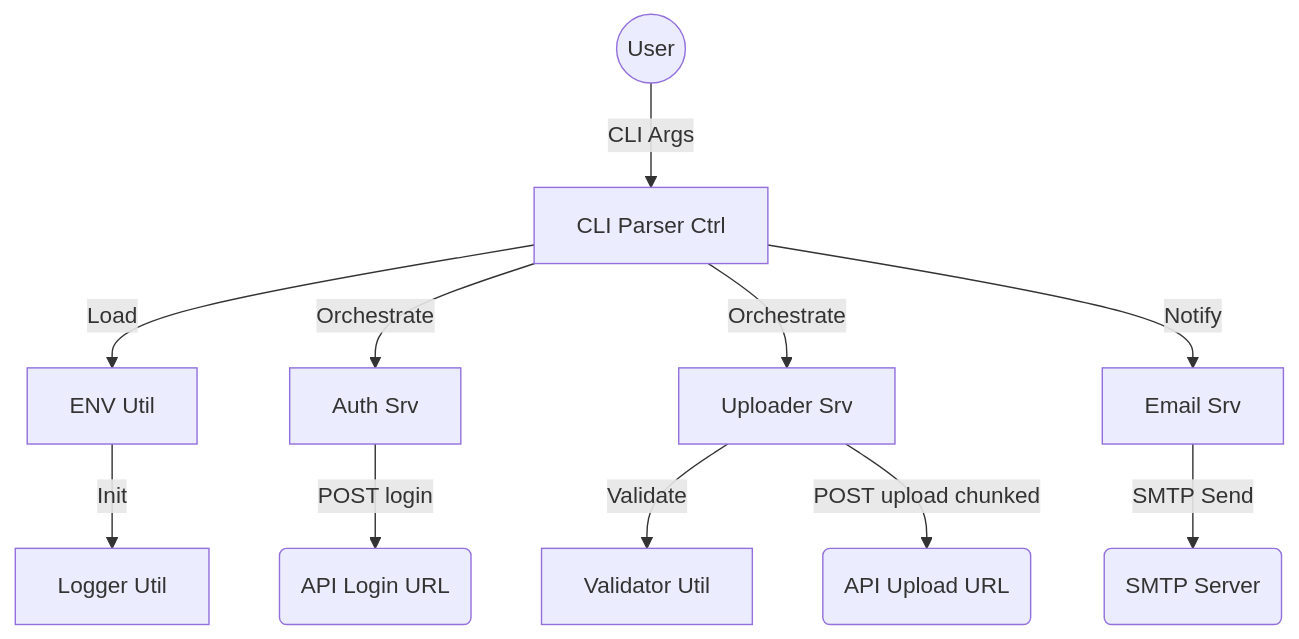
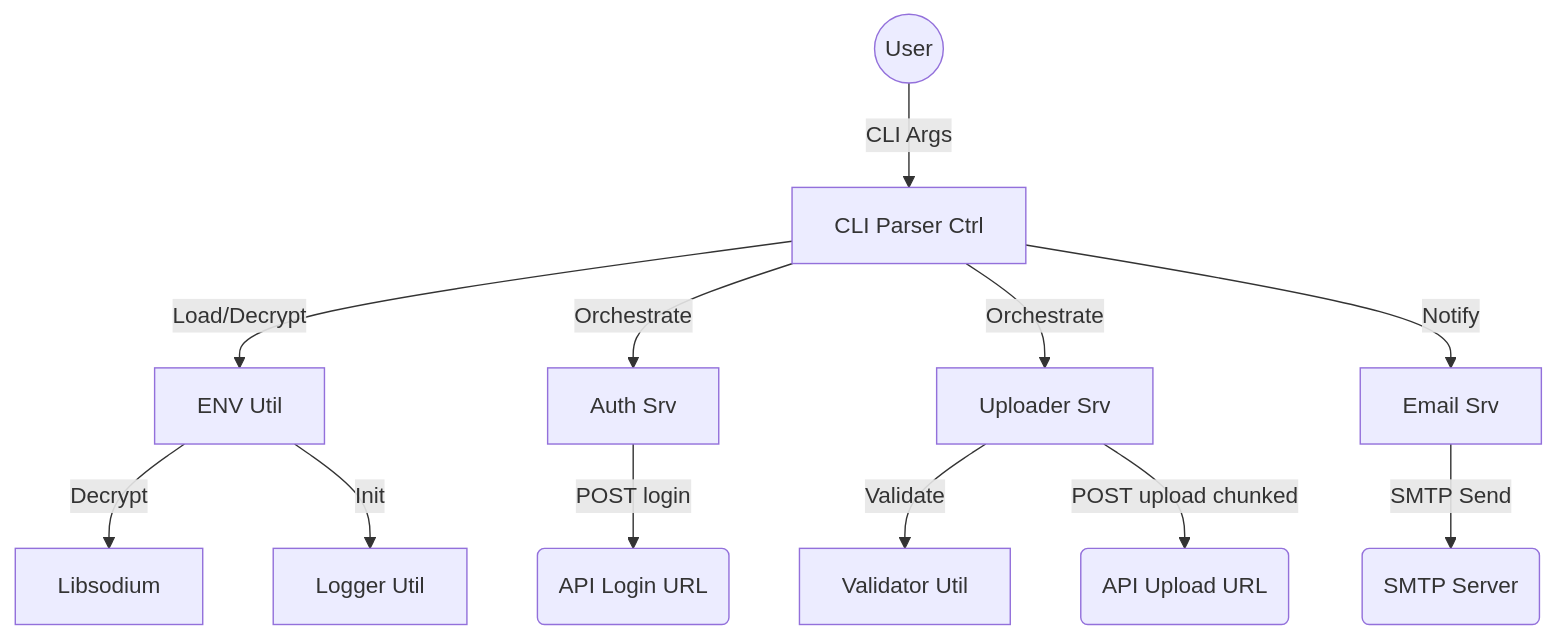
Before and after one commit to Zheng-Bote/json_uploader: the diagram in README.md, drawn with Mermaid. The commit also changed other lines of this file and 35 other files, not shown here.

````diff
--- a/README.md
+++ b/README.md
@@ -72,25 +97,27 @@
 ```mermaid
 graph TD
     User((User))
     CLI[CLI Parser Ctrl]
     ENV[ENV Util]
+    Sodium[Libsodium]
     Logger[Logger Util]
     Auth[Auth Srv]
     Up[Uploader Srv]
     Val[Validator Util]
     Mail[Email Srv]
     API_Login(API Login URL)
     API_Upload(API Upload URL)
     SMTP(SMTP Server)
 
     User -- CLI Args --> CLI
-    CLI -- Load --> ENV
+    CLI -- Load/Decrypt --> ENV
+    ENV -- Decrypt --> Sodium
     ENV -- Init --> Logger
     CLI -- Orchestrate --> Auth
     Auth -- POST login --> API_Login
     CLI -- Orchestrate --> Up
     Up -- Validate --> Val
     Up -- POST upload chunked --> API_Upload
     CLI -- Notify --> Mail
     Mail -- SMTP Send --> SMTP
 ```
````
